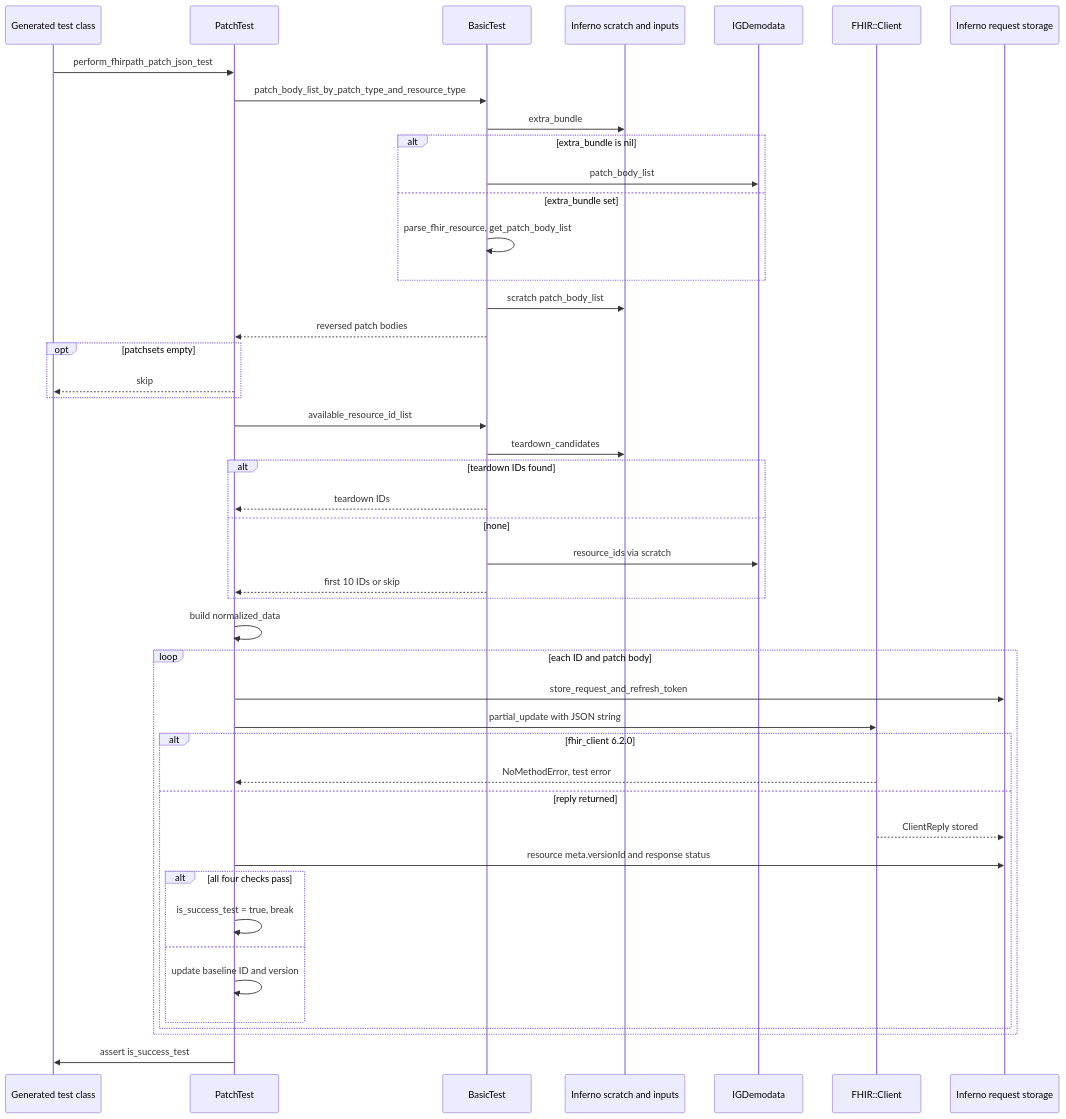
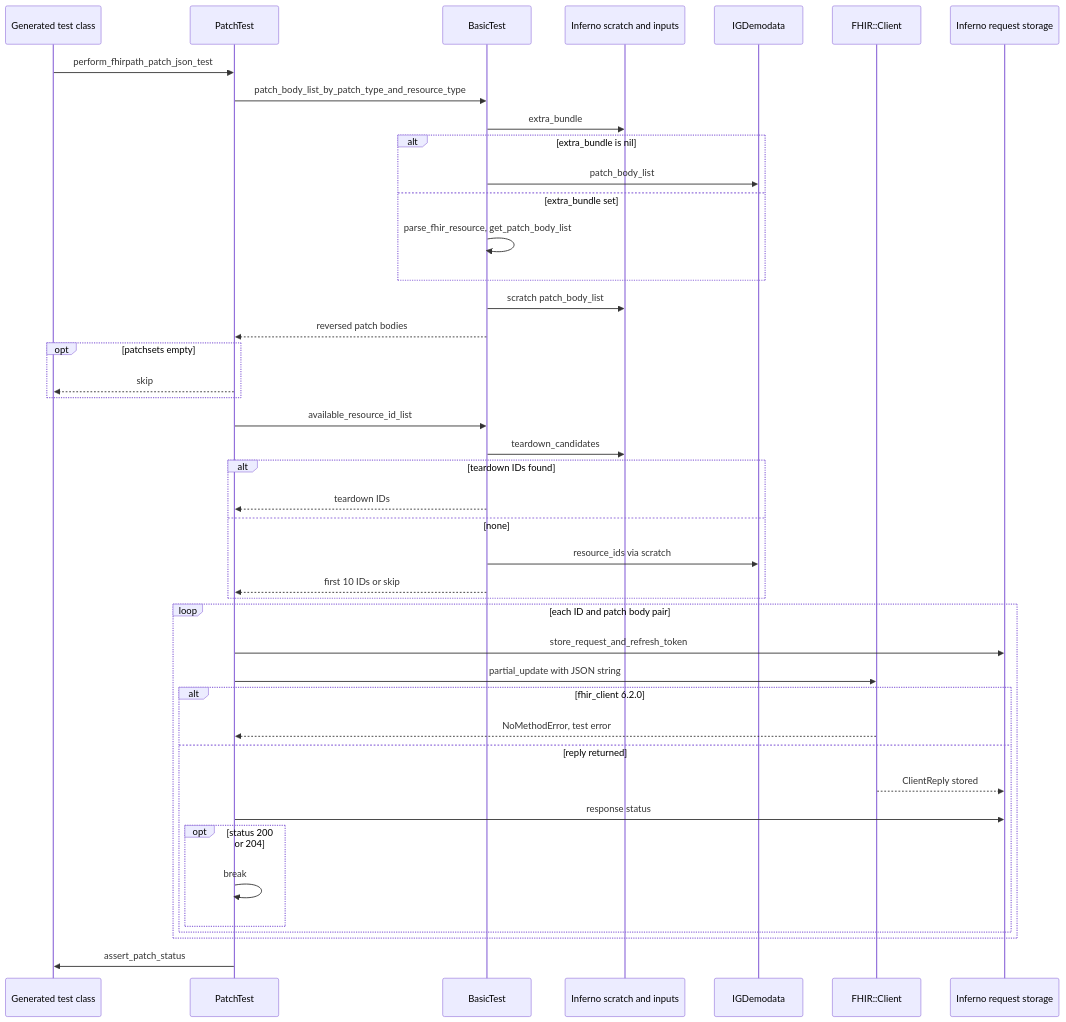
The second of 2 diagrams in documentation/perform_fhirpath_patch_json_test.md (hl7au/inferno_suite_generator), drawn with Mermaid before and after one commit. The commit also changed other lines of this file and 2 other files, not shown here.

First line of the commit message:
Refactor FHIRPath JSON patch test to simplify data handling (#51)

````diff
--- a/documentation/perform_fhirpath_patch_json_test.md
+++ b/documentation/perform_fhirpath_patch_json_test.md
@@ -236,49 +192,46 @@
 ```mermaid
 sequenceDiagram
     participant T as Generated test class
     participant P as PatchTest
     participant B as BasicTest
     participant S as Inferno scratch and inputs
     participant D as IGDemodata
     participant C as FHIR::Client
     participant I as Inferno request storage
 
     T->>P: perform_fhirpath_patch_json_test
     P->>B: patch_body_list_by_patch_type_and_resource_type
     B->>S: extra_bundle
     alt extra_bundle is nil
         B->>D: patch_body_list
     else extra_bundle set
         B->>B: parse_fhir_resource, get_patch_body_list
     end
     B->>S: scratch patch_body_list
     B-->>P: reversed patch bodies
     opt patchsets empty
         P-->>T: skip
     end
     P->>B: available_resource_id_list
     B->>S: teardown_candidates
     alt teardown IDs found
         B-->>P: teardown IDs
     else none
         B->>D: resource_ids via scratch
         B-->>P: first 10 IDs or skip
     end
-    P->>P: build normalized_data
-    loop each ID and patch body
+    loop each ID and patch body pair
         P->>I: store_request_and_refresh_token
         P->>C: partial_update with JSON string
         alt fhir_client 6.2.0
             C-->>P: NoMethodError, test error
         else reply returned
             C-->>I: ClientReply stored
-            P->>I: resource meta.versionId and response status
-            alt all four checks pass
-                P->>P: is_success_test = true, break
-            else
-                P->>P: update baseline ID and version
+            P->>I: response status
+            opt status 200 or 204
+                P->>P: break
             end
         end
     end
-    P->>T: assert is_success_test
+    P->>T: assert_patch_status
 ```
````
